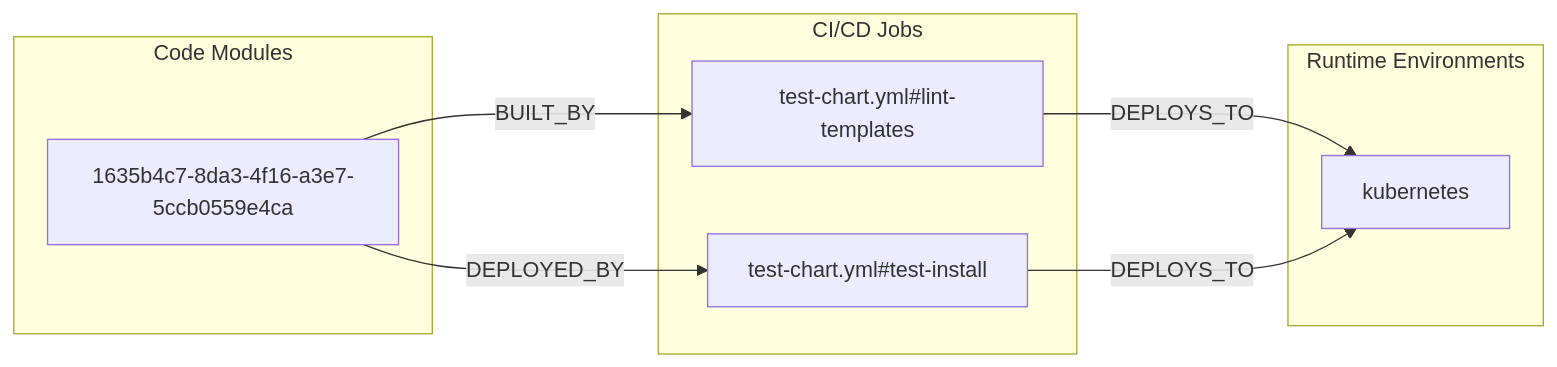
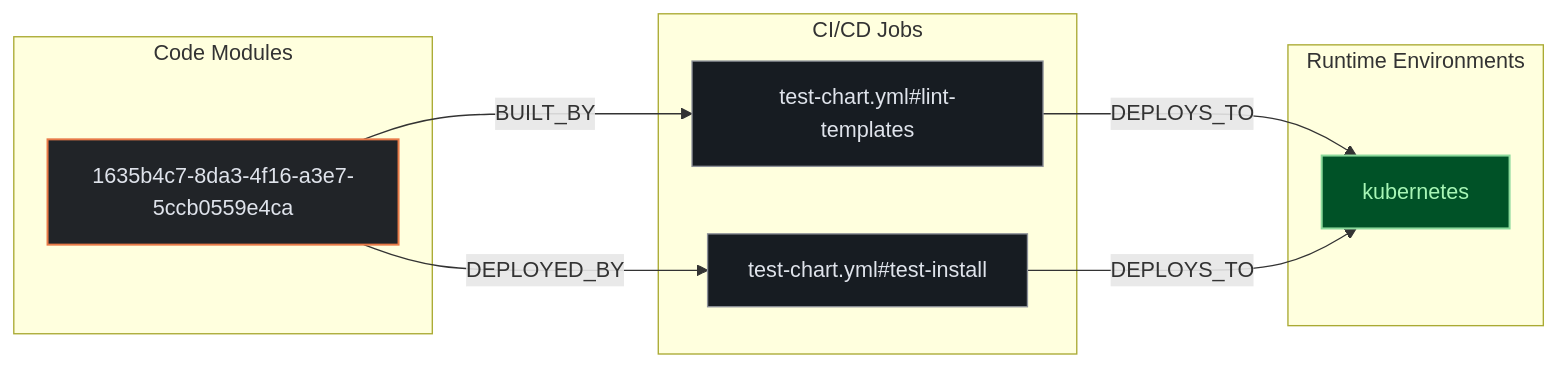
Before and after one commit to kumarshaz/atruss-code-atlas: the second of 3 diagrams in exports/latest/reports/mastodon-chart-report.md, drawn with Mermaid. The commit also changed other lines of this file and 331 other files, not shown here.

Commit message:
docs,ui,fix: update SDLC docs, reorder CI/CD DAG first, stylize Mermaid, and fix Arc42 pipeline topology

````diff
--- a/exports/latest/reports/mastodon-chart-report.md
+++ b/exports/latest/reports/mastodon-chart-report.md
@@ -111,17 +118,21 @@
 ```mermaid
 flowchart LR
+    classDef atlasCategory fill:#212428,stroke:#E87A48,stroke-width:1.5px,color:#dfe3eb
+    classDef atlasWorkflow fill:#1b2026,stroke:#a3c9ff,stroke-width:1.5px,color:#dfe3eb
+    classDef atlasJob fill:#171c22,stroke:#8d9199,stroke-width:1px,color:#dfe3eb
+    classDef atlasTarget fill:#005227,stroke:#8bd99b,stroke-width:1.5px,color:#a7f6b6
     subgraph code_modules["Code Modules"]
-        mod_1635b4c7_8da3_4f16_a3e7_5ccb0559e4ca["1635b4c7-8da3-4f16-a3e7-5ccb0559e4ca"]
+        mod_1635b4c7_8da3_4f16_a3e7_5ccb0559e4ca["1635b4c7-8da3-4f16-a3e7-5ccb0559e4ca"]:::atlasCategory
     end
     subgraph ci_jobs["CI/CD Jobs"]
-        job_test_chart_yml_lint_templates["test-chart.yml#lint-templates"]
-        job_test_chart_yml_test_install["test-chart.yml#test-install"]
+        job_test_chart_yml_lint_templates["test-chart.yml#lint-templates"]:::atlasJob
+        job_test_chart_yml_test_install["test-chart.yml#test-install"]:::atlasJob
     end
     subgraph runtime_envs["Runtime Environments"]
-        env_kubernetes["kubernetes"]
+        env_kubernetes["kubernetes"]:::atlasTarget
     end
     job_test_chart_yml_lint_templates -->|DEPLOYS_TO| env_kubernetes
     job_test_chart_yml_test_install -->|DEPLOYS_TO| env_kubernetes
     mod_1635b4c7_8da3_4f16_a3e7_5ccb0559e4ca -->|BUILT_BY| job_test_chart_yml_lint_templates
     mod_1635b4c7_8da3_4f16_a3e7_5ccb0559e4ca -->|DEPLOYED_BY| job_test_chart_yml_test_install
 ```
````
